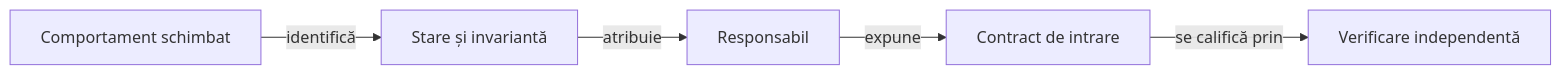
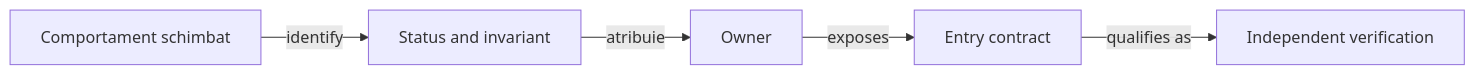
Before and after one commit to crististefanita/atf_j4: the diagram in docs/governance/ATF_Packages.md, drawn with Mermaid. The commit also changed other lines of this file and 122 other files, not shown here.

````diff
--- a/docs/governance/ATF_Packages.md
+++ b/docs/governance/ATF_Packages.md
@@ -11,7 +11,7 @@
 ```mermaid
 flowchart LR
-    CHANGE[Comportament schimbat] -->|identifică| STATE[Stare și invariantă]
-    STATE -->|atribuie| OWNER[Responsabil]
-    OWNER -->|expune| API[Contract de intrare]
-    API -->|se califică prin| CHECK[Verificare independentă]
+    CHANGE[Comportament schimbat] -->|identify| STATE[Status and invariant]
+    STATE -->|atribuie| OWNER[Owner]
+    OWNER -->|exposes| API[Entry contract]
+    API -->|qualifies as| CHECK[Independent verification]
 ```
````
